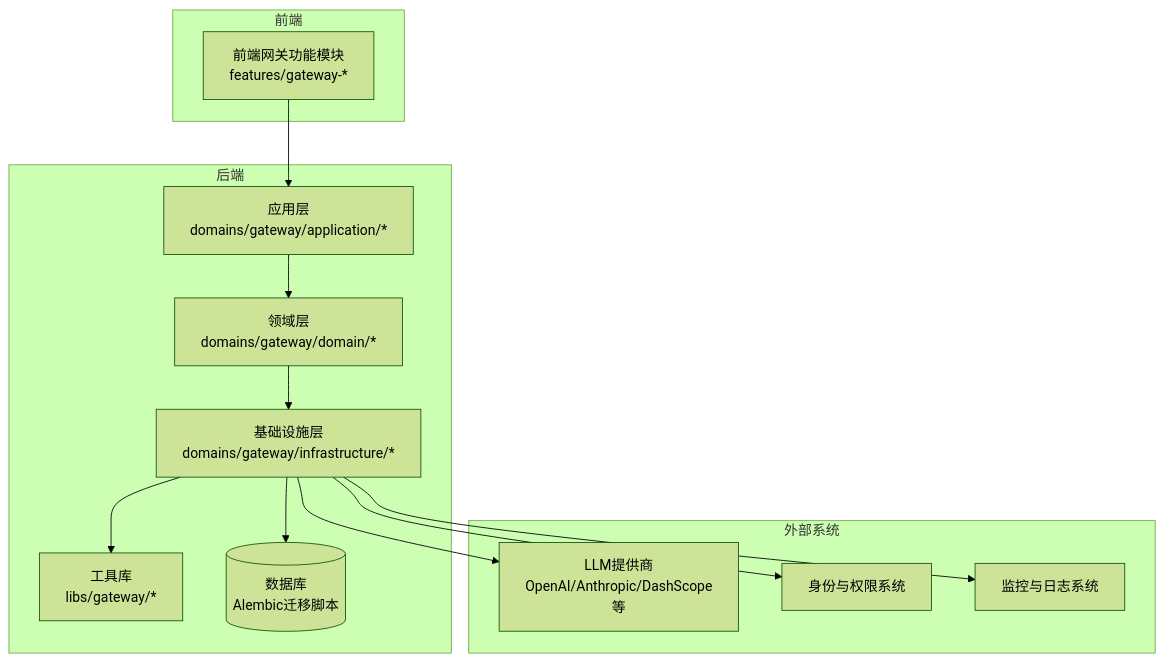
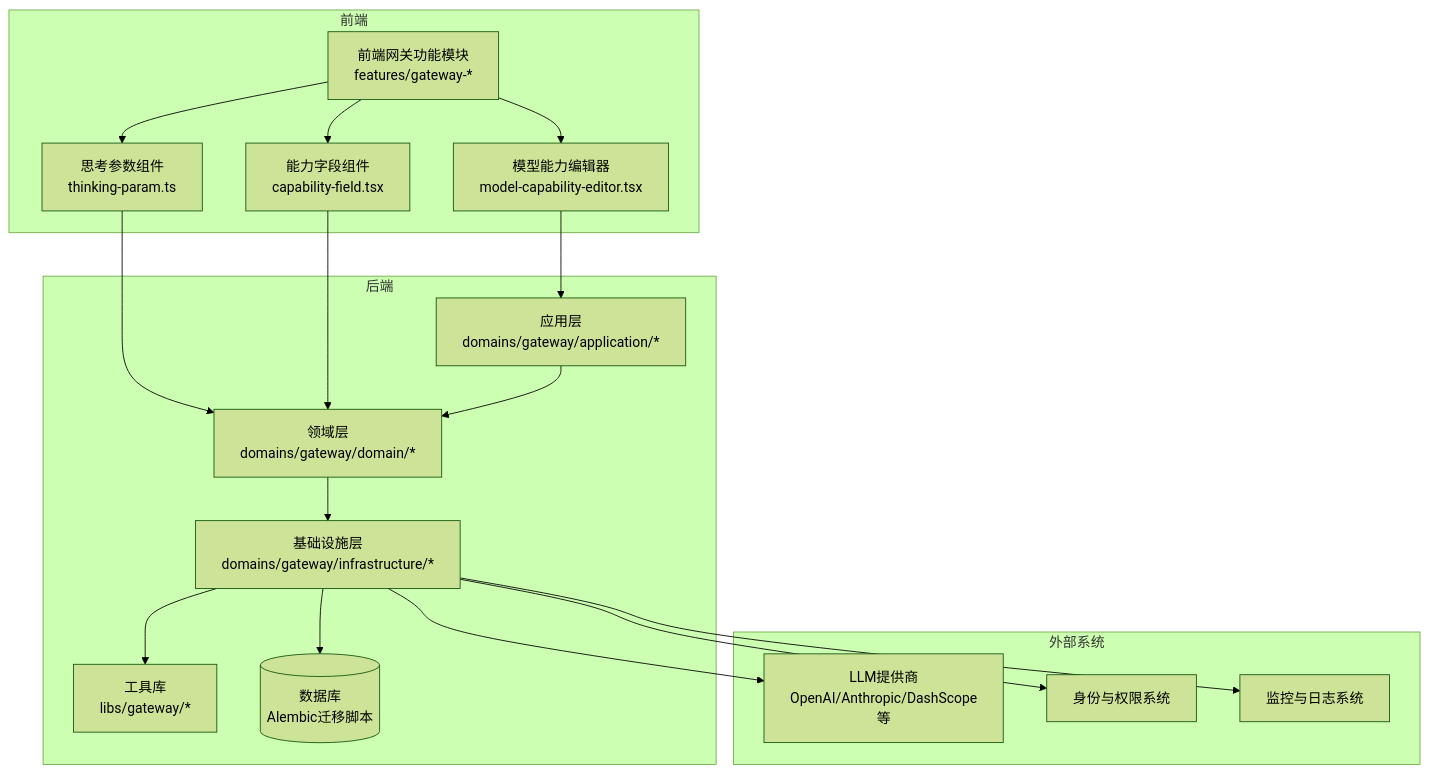
Before and after one commit to tianyehedashu/ai-agent: the first of 20 diagrams in .qoder/repowiki/zh/content/网关服务架构/网关服务架构.md, drawn with Mermaid (forest theme). The commit also changed other lines of this file and 32 other files, not shown here.

````diff
--- a/.qoder/repowiki/zh/content/网关服务架构/网关服务架构.md
+++ b/.qoder/repowiki/zh/content/网关服务架构/网关服务架构.md
@@ -106,26 +112,34 @@
 ```mermaid
 graph TB
 subgraph "前端"
 FE_Gateway["前端网关功能模块<br/>features/gateway-*"]
+FE_ModelEditor["模型能力编辑器<br/>model-capability-editor.tsx"]
+FE_ThinkingParam["思考参数组件<br/>thinking-param.ts"]
+FE_CapabilityField["能力字段组件<br/>capability-field.tsx"]
 end
 subgraph "后端"
 APP["应用层<br/>domains/gateway/application/*"]
 DOMAIN["领域层<br/>domains/gateway/domain/*"]
 INFRA["基础设施层<br/>domains/gateway/infrastructure/*"]
 LIBS["工具库<br/>libs/gateway/*"]
 DB[("数据库<br/>Alembic迁移脚本")]
 end
 subgraph "外部系统"
 LLM["LLM提供商<br/>OpenAI/Anthropic/DashScope等"]
 IAM["身份与权限系统"]
 MON["监控与日志系统"]
 end
-FE_Gateway --> APP
+FE_Gateway --> FE_ModelEditor
+FE_Gateway --> FE_ThinkingParam
+FE_Gateway --> FE_CapabilityField
+FE_ModelEditor --> APP
+FE_ThinkingParam --> DOMAIN
+FE_CapabilityField --> DOMAIN
 APP --> DOMAIN
 DOMAIN --> INFRA
 INFRA --> LIBS
 INFRA --> DB
 INFRA --> LLM
 INFRA --> IAM
 INFRA --> MON
 ```
````
